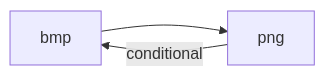
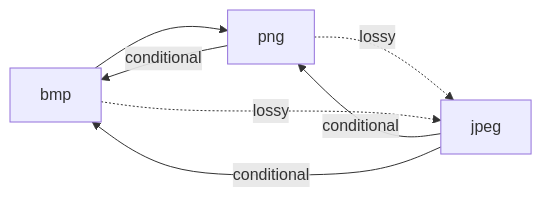
The third of 4 diagrams in DOCS/FORMATS.md (Chimi6/Sublime), drawn with Mermaid before and after one commit. The commit also changed other lines of this file and 317 other files, not shown here.

````diff
--- a/DOCS/FORMATS.md
+++ b/DOCS/FORMATS.md
@@ -358,7 +367,12 @@
 ```mermaid
 graph LR
   bmp["bmp"]
+  jpeg["jpeg"]
   png["png"]
   png -- conditional --> bmp
   bmp --> png
+  jpeg -- conditional --> png
+  jpeg -- conditional --> bmp
+  png -. lossy .-> jpeg
+  bmp -. lossy .-> jpeg
 ```
````
